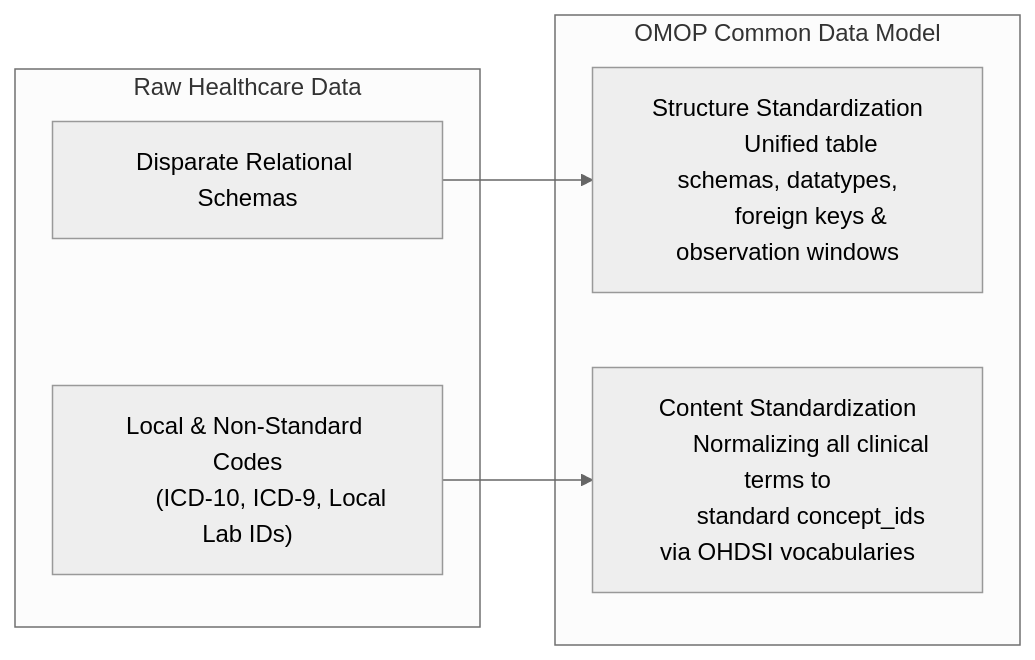
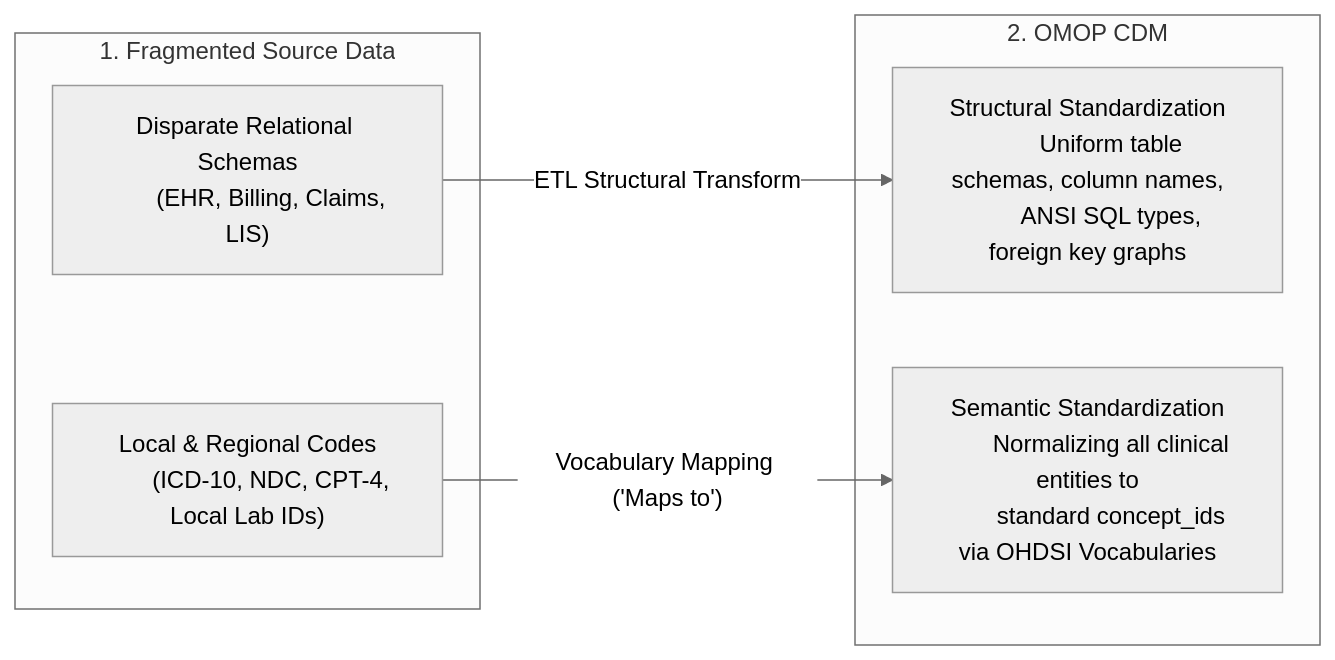
Before and after one commit to iomedhealth/OmopAnalyticsGuide: the first of 5 diagrams in docs/data_enablement/01_omop_cdm_architecture.md, drawn with Mermaid (neutral theme). The commit also changed other lines of this file and 1 other file, not shown here.

Commit message:
docs: refine OMOP CDM architecture with narrative flow and pushdown examples

````diff
--- a/docs/data_enablement/01_omop_cdm_architecture.md
+++ b/docs/data_enablement/01_omop_cdm_architecture.md
@@ -20,20 +22,21 @@
 ```mermaid
 flowchart LR
-    subgraph RawData["Raw Healthcare Data"]
-        R1["Disparate Relational Schemas"]
-        R2["Local & Non-Standard Codes
-        (ICD-10, ICD-9, Local Lab IDs)"]
+    subgraph RawData["1. Fragmented Source Data"]
+        R1["Disparate Relational Schemas
+        (EHR, Billing, Claims, LIS)"]
+        R2["Local & Regional Codes
+        (ICD-10, NDC, CPT-4, Local Lab IDs)"]
     end
 
-    subgraph OMOPCDM["OMOP Common Data Model"]
-        S1["Structure Standardization
-        Unified table schemas, datatypes,
-        foreign keys & observation windows"]
-        S2["Content Standardization
-        Normalizing all clinical terms to
-        standard concept_ids via OHDSI vocabularies"]
+    subgraph OMOPCDM["2. OMOP CDM"]
+        S1["Structural Standardization
+        Uniform table schemas, column names,
+        ANSI SQL types, foreign key graphs"]
+        S2["Semantic Standardization
+        Normalizing all clinical entities to
+        standard concept_ids via OHDSI Vocabularies"]
     end
 
-    R1 --> S1
-    R2 --> S2
+    R1 -->|"ETL Structural Transform"| S1
+    R2 -->|"Vocabulary Mapping ('Maps to')"| S2
 ```
````
